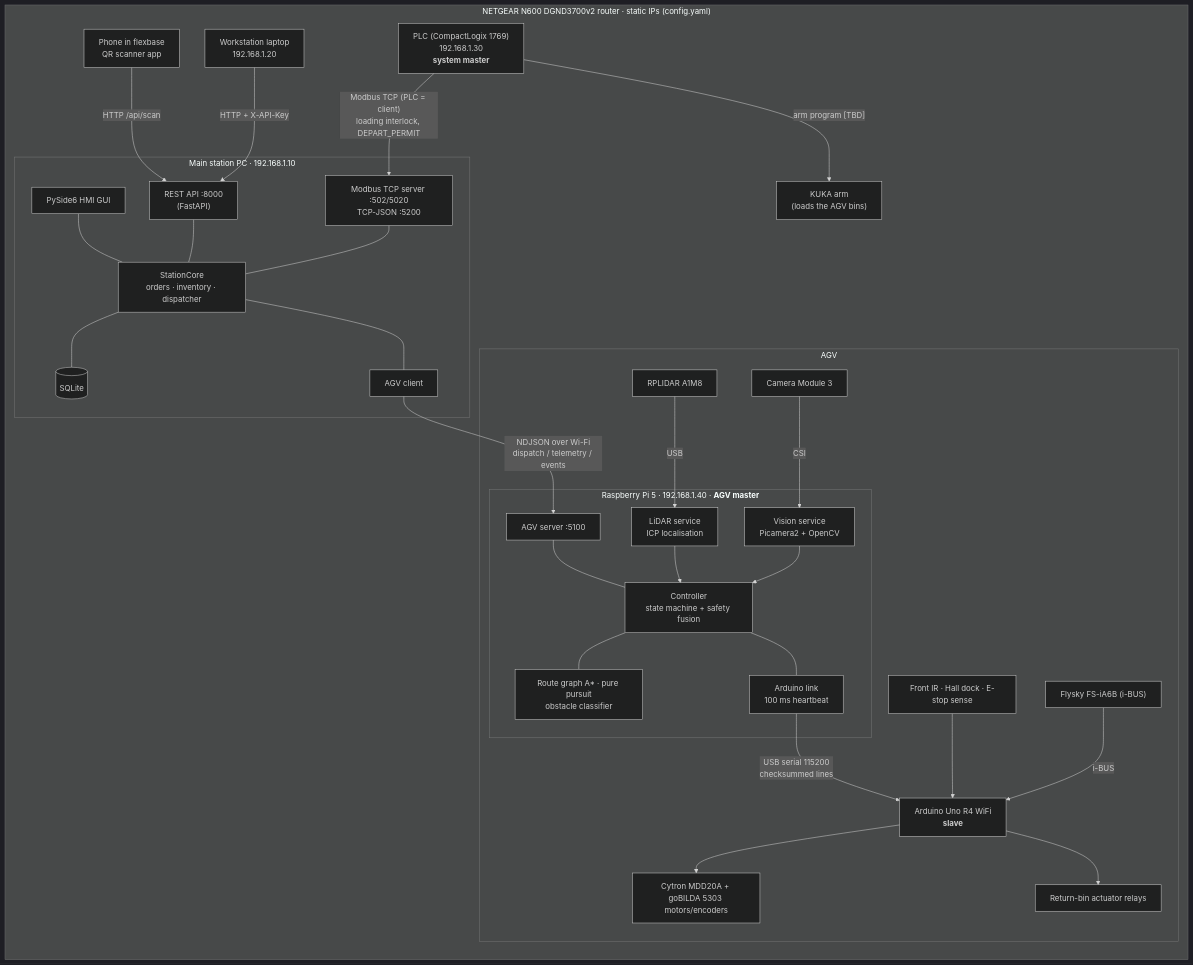
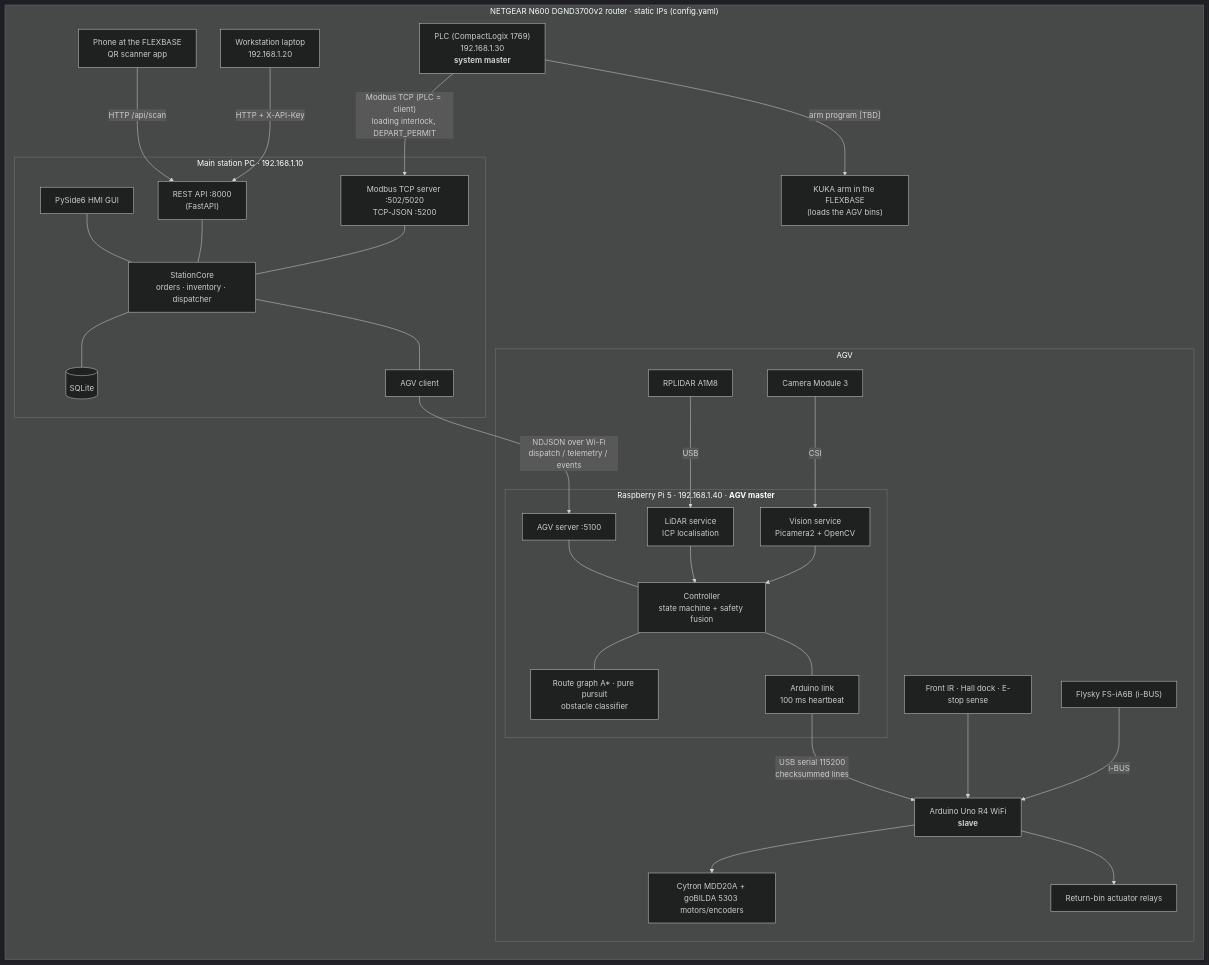
One commit to CDJ7/APEx-2.0 changed the first of 3 diagrams in README.md. Above: the diagram before and after it, drawn with Mermaid (dark theme). The commit also changed other lines of this file and 9 other files, not shown here.

First line of the commit message:
Actuator: VEVOR OK648 timing and duty cycle, 24->12 V branch, double confirmation, KUKA in FLEXBASE

````diff
--- a/README.md
+++ b/README.md
@@ -25,56 +26,56 @@
 ```mermaid
 flowchart LR
     subgraph LAN["NETGEAR N600 DGND3700v2 router · static IPs (config.yaml)"]
         PLC["PLC (CompactLogix 1769)<br/>192.168.1.30<br/><b>system master</b>"]
-        KUKA["KUKA arm<br/>(loads the AGV bins)"]
-        PHONE["Phone in flexbase<br/>QR scanner app"]
+        KUKA["KUKA arm in the FLEXBASE<br/>(loads the AGV bins)"]
+        PHONE["Phone at the FLEXBASE<br/>QR scanner app"]
         LAP["Workstation laptop<br/>192.168.1.20"]
         subgraph ST["Main station PC · 192.168.1.10"]
             GUI["PySide6 HMI GUI"]
             CORE["StationCore<br/>orders · inventory · dispatcher"]
             DB[("SQLite")]
             REST["REST API :8000<br/>(FastAPI)"]
             MB["Modbus TCP server :502/5020<br/>TCP-JSON :5200"]
             LINK["AGV client"]
         end
         subgraph AGV["AGV"]
             subgraph PI["Raspberry Pi 5 · 192.168.1.40 · <b>AGV master</b>"]
                 SRV["AGV server :5100"]
                 CTRL["Controller<br/>state machine + safety fusion"]
                 LID["LiDAR service<br/>ICP localisation"]
                 NAV["Route graph A* · pure pursuit<br/>obstacle classifier"]
                 VIS["Vision service<br/>Picamera2 + OpenCV"]
                 SER["Arduino link<br/>100 ms heartbeat"]
             end
             ARD["Arduino Uno R4 WiFi<br/><b>slave</b>"]
             RPL["RPLIDAR A1M8"]
             CAM["Camera Module 3"]
             MOT["Cytron MDD20A + goBILDA 5303 motors/encoders"]
             IR["Front IR · Hall dock · E-stop sense"]
             ACTR["Return-bin actuator relays"]
             RC["Flysky FS-iA6B (i-BUS)"]
         end
     end
     PLC -- "Modbus TCP (PLC = client)<br/>loading interlock, DEPART_PERMIT" --> MB
     PLC -- "arm program [TBD]" --> KUKA
     PHONE -- "HTTP /api/scan" --> REST
     LAP -- "HTTP + X-API-Key" --> REST
     GUI --- CORE
     REST --- CORE
     MB --- CORE
     CORE --- DB
     CORE --- LINK
     LINK -- "NDJSON over Wi-Fi<br/>dispatch / telemetry / events" --> SRV
     SRV --- CTRL
     CTRL --- NAV
     LID --> CTRL
     VIS --> CTRL
     CTRL --- SER
     SER -- "USB serial 115200<br/>checksummed lines" --> ARD
     RPL -- USB --> LID
     CAM -- CSI --> VIS
     ARD --> MOT
     ARD --> ACTR
     IR --> ARD
     RC -- "i-BUS" --> ARD
 ```
````
